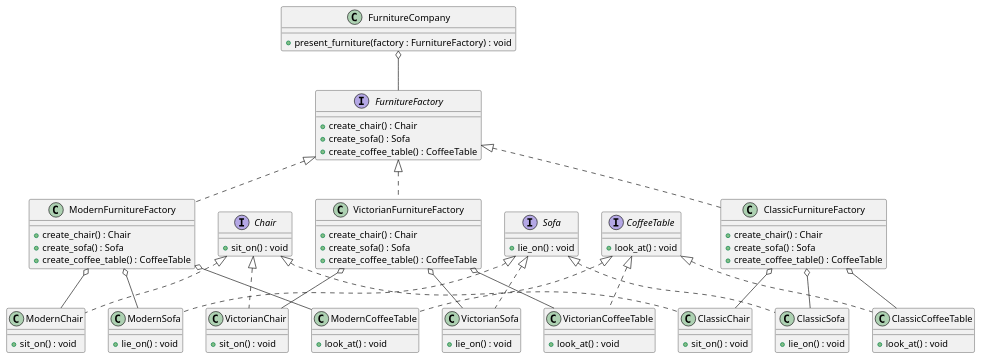
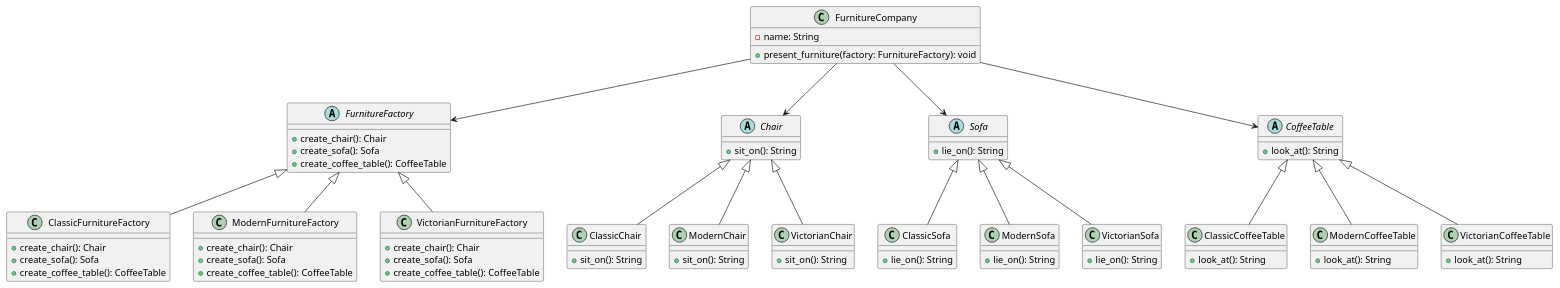
Before and after one commit to treenoder/lab_patterns: the diagram in LB1/AbstractFactory/class.puml, drawn with PlantUML. The commit also changed 29 other files, not shown here.

Commit message:
diagrams

```diff
--- a/LB1/AbstractFactory/class.puml
+++ b/LB1/AbstractFactory/class.puml
@@ -1,93 +1,100 @@
-@startuml
-
-interface Chair {
-    + sit_on() : void
+@startuml class_diagram
+abstract class FurnitureFactory {
+    +create_chair(): Chair
+    +create_sofa(): Sofa
+    +create_coffee_table(): CoffeeTable
 }
 
-interface Sofa {
-    + lie_on() : void
+class ClassicFurnitureFactory {
+    +create_chair(): Chair
+    +create_sofa(): Sofa
+    +create_coffee_table(): CoffeeTable
 }
 
-interface CoffeeTable {
-    + look_at() : void
+class ModernFurnitureFactory {
+    +create_chair(): Chair
+    +create_sofa(): Sofa
+    +create_coffee_table(): CoffeeTable
 }
 
-interface FurnitureFactory {
-    + create_chair() : Chair
-    + create_sofa() : Sofa
-    + create_coffee_table() : CoffeeTable
+class VictorianFurnitureFactory {
+    +create_chair(): Chair
+    +create_sofa(): Sofa
+    +create_coffee_table(): CoffeeTable
 }
 
-class ModernChair implements Chair {
-    + sit_on() : void
+abstract class Chair {
+    +sit_on(): String
 }
 
-class VictorianChair implements Chair {
-    + sit_on() : void
+abstract class Sofa {
+    +lie_on(): String
 }
 
-class ClassicChair implements Chair {
-    + sit_on() : void
+abstract class CoffeeTable {
+    +look_at(): String
 }
 
-class ModernSofa implements Sofa {
-    + lie_on() : void
+class ClassicChair {
+    +sit_on(): String
 }
 
-class VictorianSofa implements Sofa {
-    + lie_on() : void
+class ClassicSofa {
+    +lie_on(): String
 }
 
-class ClassicSofa implements Sofa {
-    + lie_on() : void
+class ClassicCoffeeTable {
+    +look_at(): String
 }
 
-class ModernCoffeeTable implements CoffeeTable {
-    + look_at() : void
+class ModernChair {
+    +sit_on(): String
 }
 
-class VictorianCoffeeTable implements CoffeeTable {
-    + look_at() : void
+class ModernSofa {
+    +lie_on(): String
 }
 
-class ClassicCoffeeTable implements CoffeeTable {
-    + look_at() : void
+class ModernCoffeeTable {
+    +look_at(): String
 }
 
-class ModernFurnitureFactory implements FurnitureFactory {
-    + create_chair() : Chair
-    + create_sofa() : Sofa
-    + create_coffee_table() : CoffeeTable
+class VictorianChair {
+    +sit_on(): String
 }
 
-class VictorianFurnitureFactory implements FurnitureFactory {
-    + create_chair() : Chair
-    + create_sofa() : Sofa
-    + create_coffee_table() : CoffeeTable
+class VictorianSofa {
+    +lie_on(): String
 }
 
-class ClassicFurnitureFactory implements FurnitureFactory {
-    + create_chair() : Chair
-    + create_sofa() : Sofa
-    + create_coffee_table() : CoffeeTable
+class VictorianCoffeeTable {
+    +look_at(): String
 }
 
 class FurnitureCompany {
-    + present_furniture(factory : FurnitureFactory) : void
+    -name: String
+    +present_furniture(factory: FurnitureFactory): void
 }
 
-FurnitureCompany o-- FurnitureFactory
+FurnitureFactory <|-- ClassicFurnitureFactory
+FurnitureFactory <|-- ModernFurnitureFactory
+FurnitureFactory <|-- VictorianFurnitureFactory
 
-ModernFurnitureFactory o-- ModernChair
-ModernFurnitureFactory o-- ModernSofa
-ModernFurnitureFactory o-- ModernCoffeeTable
+Chair <|-- ClassicChair
+Chair <|-- ModernChair
+Chair <|-- VictorianChair
 
-VictorianFurnitureFactory o-- VictorianChair
-VictorianFurnitureFactory o-- VictorianSofa
-VictorianFurnitureFactory o-- VictorianCoffeeTable
+Sofa <|-- ClassicSofa
+Sofa <|-- ModernSofa
+Sofa <|-- VictorianSofa
 
-ClassicFurnitureFactory o-- ClassicChair
-ClassicFurnitureFactory o-- ClassicSofa
-ClassicFurnitureFactory o-- ClassicCoffeeTable
+CoffeeTable <|-- ClassicCoffeeTable
+CoffeeTable <|-- ModernCoffeeTable
+CoffeeTable <|-- VictorianCoffeeTable
+
+FurnitureCompany --> FurnitureFactory
+FurnitureCompany --> Chair
+FurnitureCompany --> Sofa
+FurnitureCompany --> CoffeeTable
 
 @enduml
```
